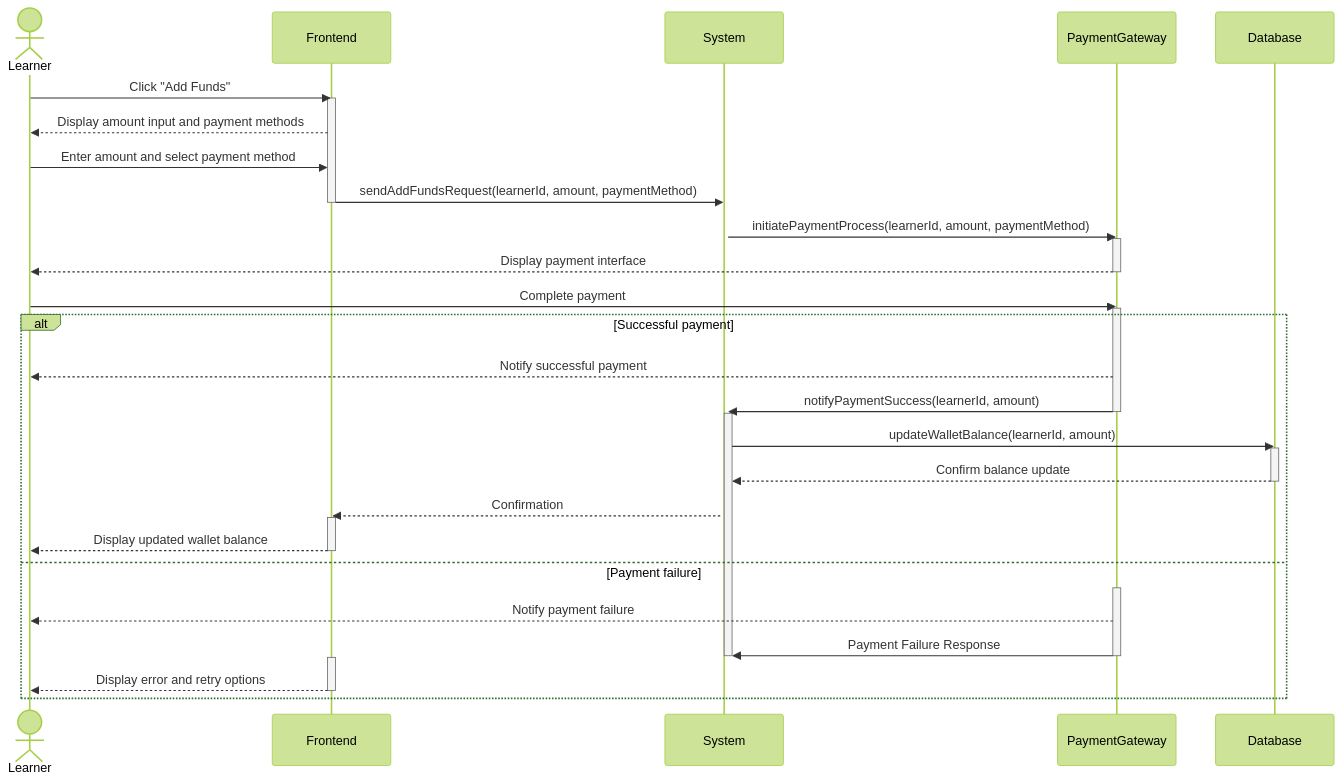
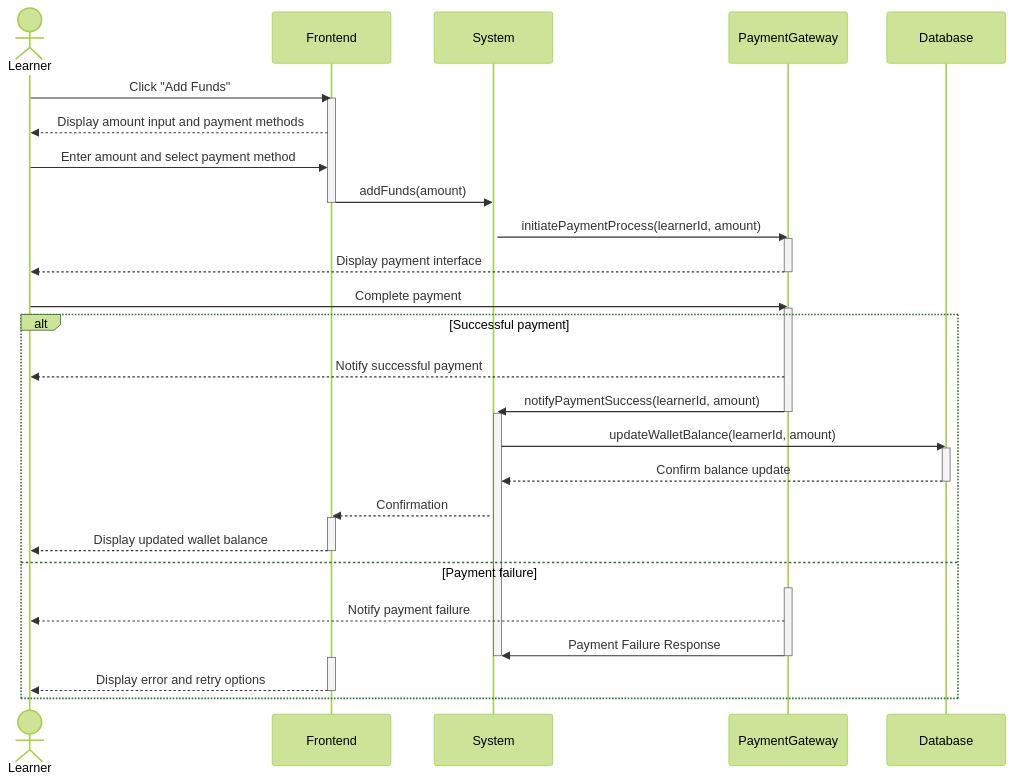
Before and after one commit to Shaar03/Diagrams: the diagram in addFundsToWallet.mermaid, drawn with Mermaid (forest theme).

Commit message:
methods refinement

```diff
--- a/addFundsToWallet.mermaid
+++ b/addFundsToWallet.mermaid
@@ -1,48 +1,48 @@
 sequenceDiagram
     actor Learner
     participant Frontend
     participant System
     participant PaymentGateway
     participant Database
 
     Learner->>Frontend: Click "Add Funds"
     activate Frontend
     Frontend-->>Learner: Display amount input and payment methods
     Learner->>Frontend: Enter amount and select payment method
-    Frontend->>System: sendAddFundsRequest(learnerId, amount, paymentMethod)
+    Frontend->>System: addFunds(amount)
     deactivate Frontend
     
     activate System
-    System->>PaymentGateway: initiatePaymentProcess(learnerId, amount, paymentMethod)
+    System->>PaymentGateway: initiatePaymentProcess(learnerId, amount)
     activate PaymentGateway
     PaymentGateway-->>Learner: Display payment interface
     deactivate PaymentGateway
 
     Learner->>PaymentGateway: Complete payment
     activate PaymentGateway
     alt Successful payment
         PaymentGateway-->>Learner: Notify successful payment
         PaymentGateway->>System: notifyPaymentSuccess(learnerId, amount)
         deactivate PaymentGateway
         
         activate System
         System->>Database: updateWalletBalance(learnerId, amount)
         activate Database
         Database-->>System: Confirm balance update
         deactivate Database
         
         System-->>Frontend: Confirmation
         activate Frontend
         Frontend-->>Learner: Display updated wallet balance
         deactivate Frontend
     else Payment failure
         activate PaymentGateway
         PaymentGateway-->>Learner: Notify payment failure
         PaymentGateway->>System: Payment Failure Response
         deactivate PaymentGateway
         
         deactivate System
         activate Frontend
         Frontend-->>Learner: Display error and retry options
         deactivate Frontend
     end
```
